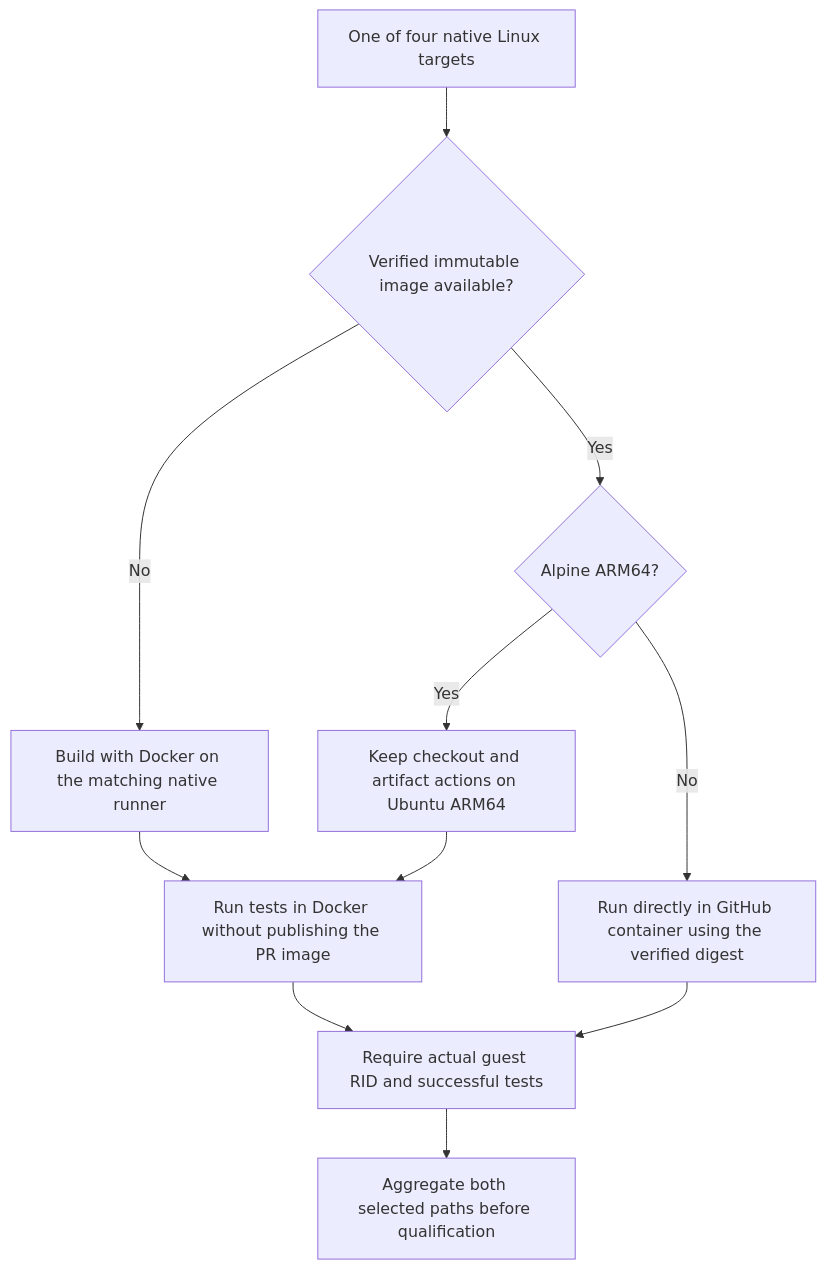
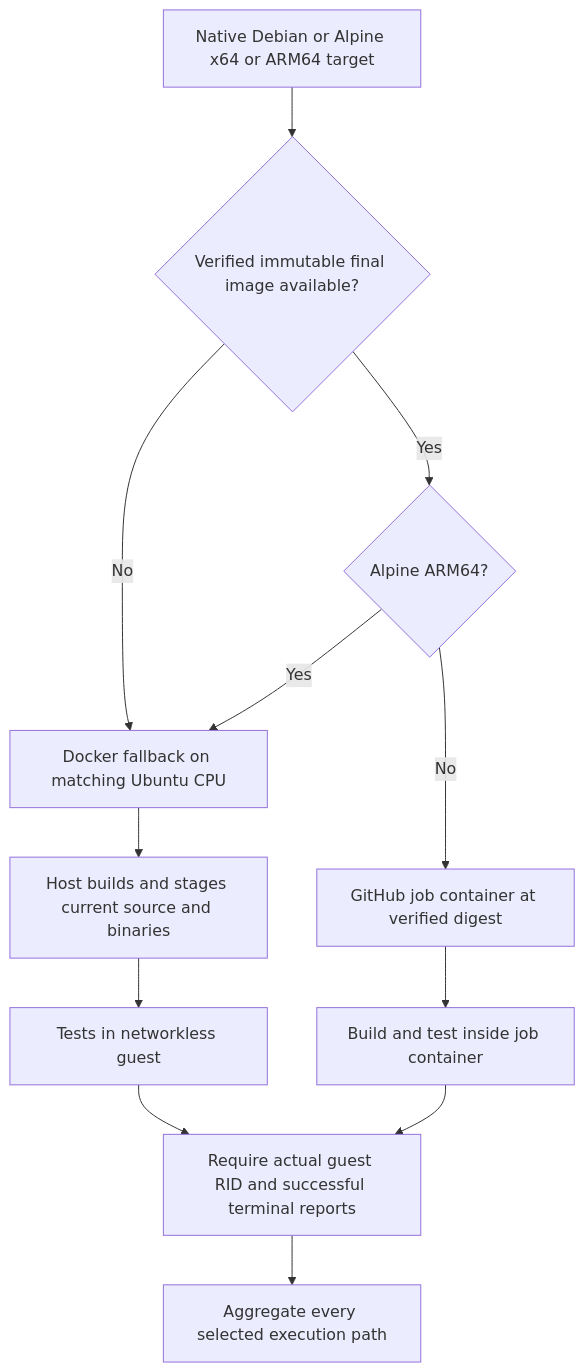
The second of 4 diagrams in docs/ci/execution-model.md (FrenchExDev2/QuietCli.PoSh), drawn with Mermaid before and after one commit. The commit also changed other lines of this file and 116 other files, not shown here.

First line of the commit message:
ci: decouple Core tests and reuse scoped qualification (#3)

````diff
--- a/docs/ci/execution-model.md
+++ b/docs/ci/execution-model.md
@@ -48,13 +35,14 @@
 ```mermaid
 flowchart TD
-    T[One of four native Linux targets] --> V{Verified immutable image available?}
-    V -- No --> B[Build with Docker on the matching native runner]
-    B --> N[Run tests in Docker without publishing the PR image]
+    T[Native Debian or Alpine x64 or ARM64 target] --> V{Verified immutable final image available?}
+    V -- No --> D[Docker fallback on matching Ubuntu CPU]
     V -- Yes --> A{Alpine ARM64?}
-    A -- Yes --> U[Keep checkout and artifact actions on Ubuntu ARM64]
-    U --> N
-    A -- No --> C[Run directly in GitHub container using the verified digest]
-    C --> R[Require actual guest RID and successful tests]
-    N --> R
-    R --> Q[Aggregate both selected paths before qualification]
+    A -- Yes --> D
+    A -- No --> C[GitHub job container at verified digest]
+    D --> H[Host builds and stages current source and binaries]
+    H --> N[Tests in networkless guest]
+    C --> B[Build and test inside job container]
+    N --> R[Require actual guest RID and successful terminal reports]
+    B --> R
+    R --> G[Aggregate every selected execution path]
 ```
````
